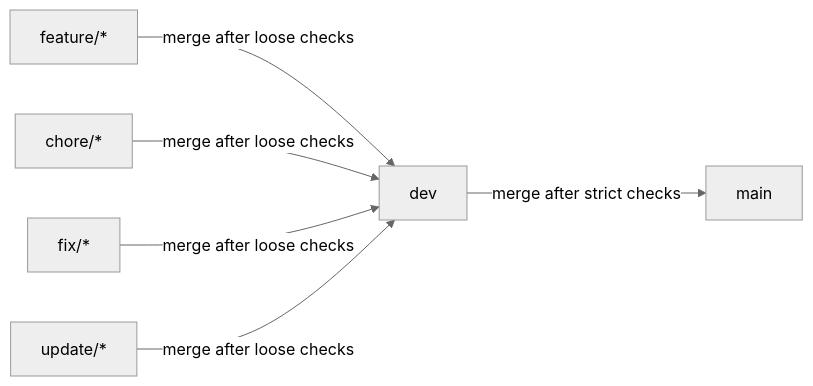
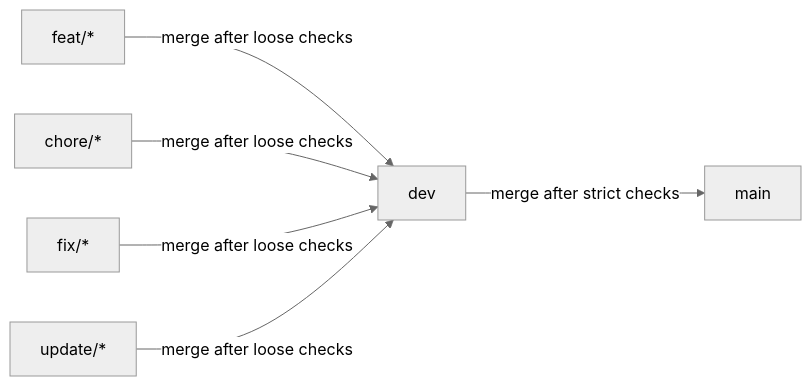
Before and after one commit to pokemon-GA/scarlet-queen: the third of 3 diagrams in README.md, drawn with Mermaid (neutral theme).

````diff
--- a/README.md
+++ b/README.md
@@ -137,8 +137,8 @@
 ```mermaid
 flowchart LR
     dev["dev"] -->|merge after strict checks| main["main"]
-    feature["feature/*"] -->|merge after loose checks| dev["dev"]
+    feature["feat/*"] -->|merge after loose checks| dev["dev"]
     chore["chore/*"] -->|merge after loose checks| dev["dev"]
     fix["fix/*"] -->|merge after loose checks| dev["dev"]
     update["update/*"] -->|merge after loose checks| dev["dev"]
 ```
````
